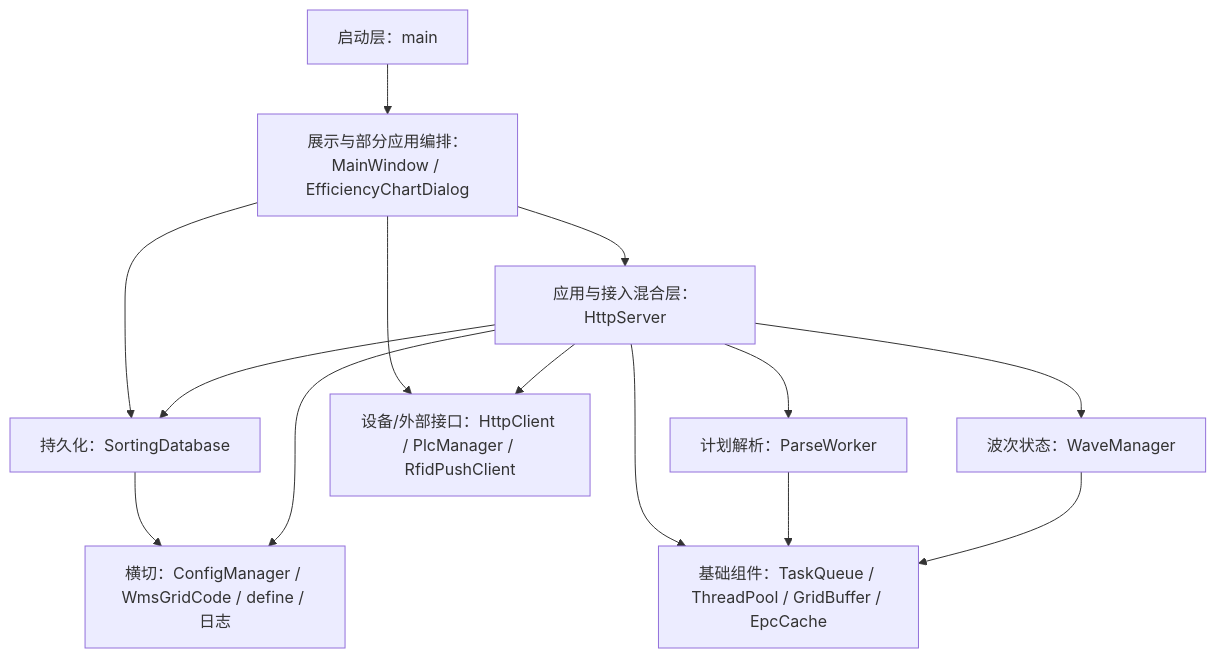
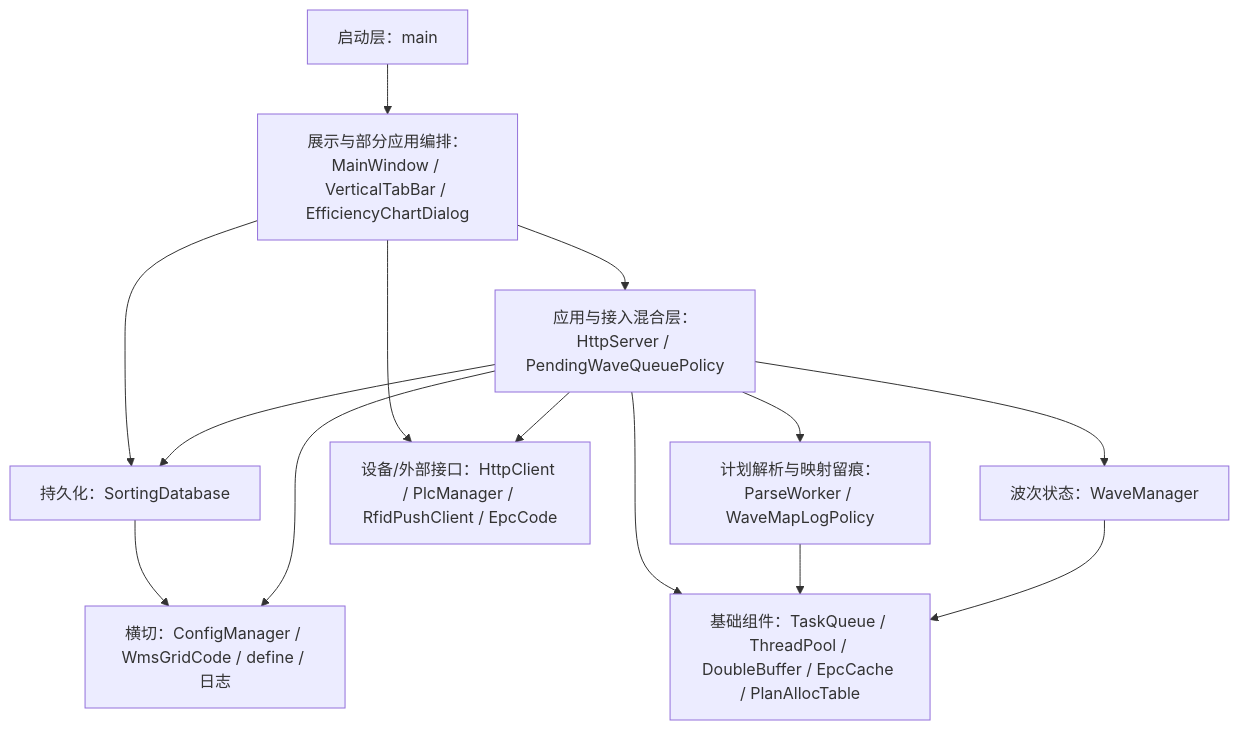
One commit to dryQAQ/WCSHttpServer changed the second of 7 diagrams in docs/WCSHttpServer_软件架构分析报告.md. Above: the diagram before and after it, drawn with Mermaid. The commit also changed other lines of this file and 136 other files, not shown here.

````diff
--- a/docs/WCSHttpServer_软件架构分析报告.md
+++ b/docs/WCSHttpServer_软件架构分析报告.md
@@ -115,25 +133,25 @@
-~~~mermaid
+```mermaid
 flowchart TB
     BOOT["启动层：main"]
-    UI["展示与部分应用编排：MainWindow / EfficiencyChartDialog"]
-    APP["应用与接入混合层：HttpServer"]
+    UI["展示与部分应用编排：MainWindow / VerticalTabBar / EfficiencyChartDialog"]
+    APP["应用与接入混合层：HttpServer / PendingWaveQueuePolicy"]
     DOMAIN["波次状态：WaveManager"]
-    PARSE["计划解析：ParseWorker"]
-    ADAPTER["设备/外部接口：HttpClient / PlcManager / RfidPushClient"]
+    PARSE["计划解析与映射留痕：ParseWorker / WaveMapLogPolicy"]
+    ADAPTER["设备/外部接口：HttpClient / PlcManager / RfidPushClient / EpcCode"]
     DATA["持久化：SortingDatabase"]
-    BASE["基础组件：TaskQueue / ThreadPool / GridBuffer / EpcCache"]
+    BASE["基础组件：TaskQueue / ThreadPool / DoubleBuffer / EpcCache / PlanAllocTable"]
     GLOBAL["横切：ConfigManager / WmsGridCode / define / 日志"]
     BOOT --> UI
     UI --> APP
     UI --> ADAPTER
     UI --> DATA
     APP --> DOMAIN
     APP --> PARSE
     APP --> ADAPTER
     APP --> DATA
     APP --> BASE
     PARSE --> BASE
     DOMAIN --> BASE
     DATA --> GLOBAL
     APP --> GLOBAL
-~~~
+```
````
